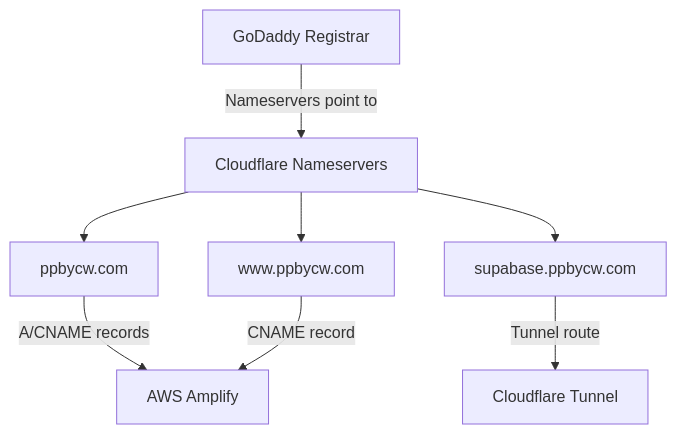
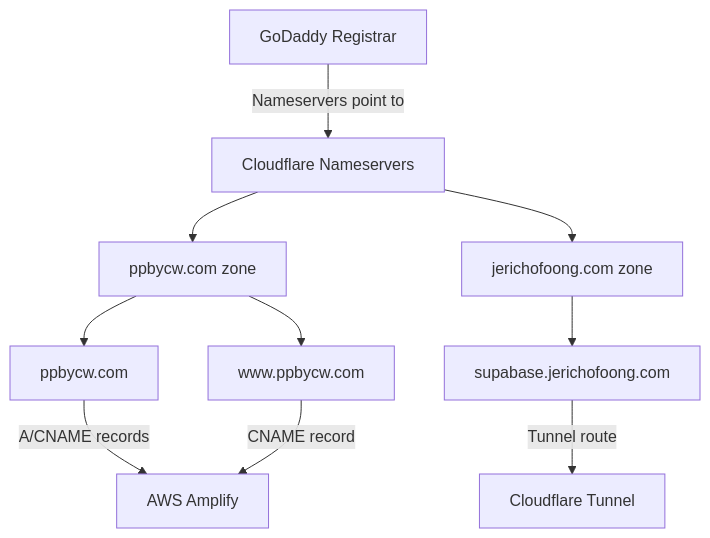
Before and after one commit to jericho0521/reservation-app: the third of 6 diagrams in docs/supabase/LOCAL_SUPABASE_ARCHITECTURE.md, drawn with Mermaid. The commit also changed other lines of this file and 9 other files, not shown here.

````diff
--- a/docs/supabase/LOCAL_SUPABASE_ARCHITECTURE.md
+++ b/docs/supabase/LOCAL_SUPABASE_ARCHITECTURE.md
@@ -65,18 +65,22 @@
 ```mermaid
 flowchart TD
     Registrar[GoDaddy Registrar]
     Nameservers[Cloudflare Nameservers]
+    SiteZone[ppbycw.com zone]
+    ApiZone[jerichofoong.com zone]
     Root[ppbycw.com]
     WWW[www.ppbycw.com]
-    SupabaseSub[supabase.ppbycw.com]
+    SupabaseSub[supabase.jerichofoong.com]
     Amplify[AWS Amplify]
     Tunnel[Cloudflare Tunnel]
 
     Registrar -->|Nameservers point to| Nameservers
-    Nameservers --> Root
-    Nameservers --> WWW
-    Nameservers --> SupabaseSub
+    Nameservers --> SiteZone
+    Nameservers --> ApiZone
+    SiteZone --> Root
+    SiteZone --> WWW
+    ApiZone --> SupabaseSub
     Root -->|A/CNAME records| Amplify
     WWW -->|CNAME record| Amplify
     SupabaseSub -->|Tunnel route| Tunnel
 ```
````
